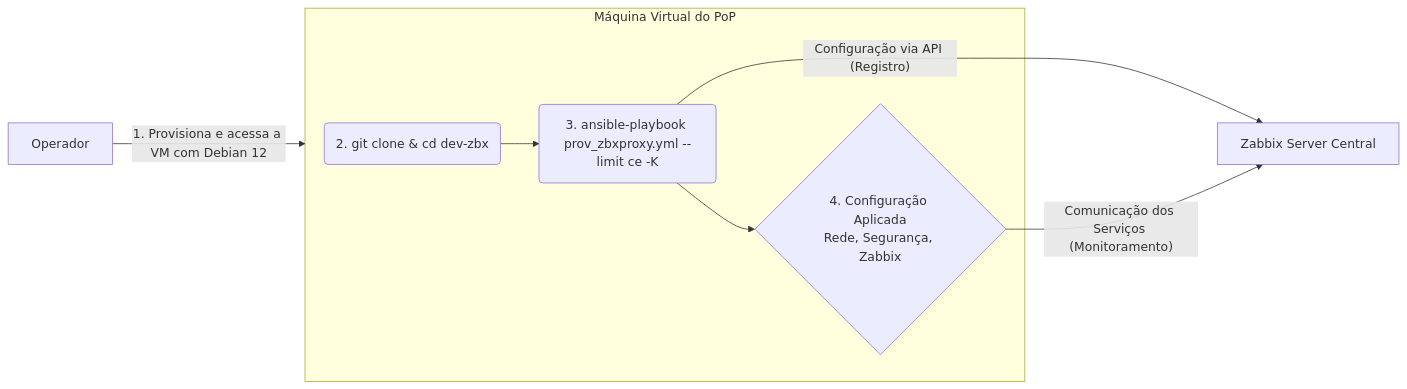
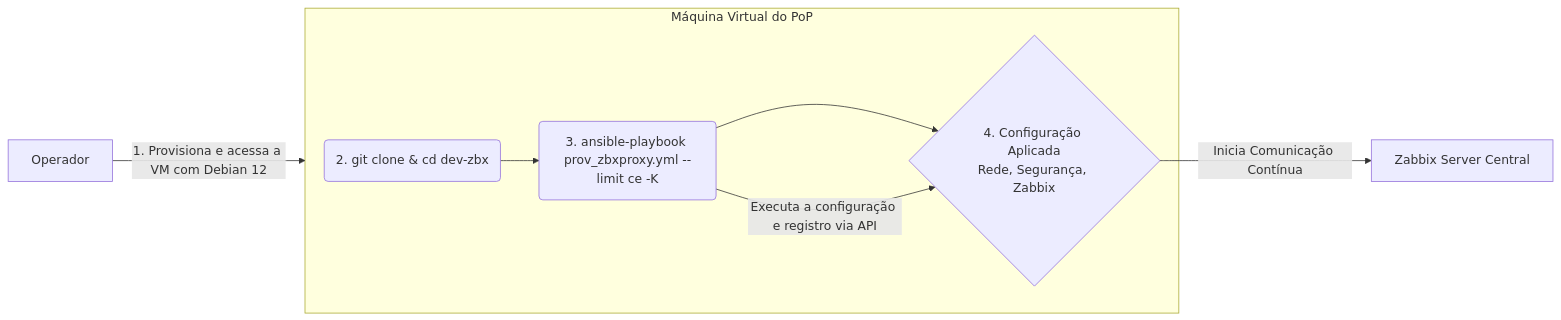
One commit to felipeanj0s/Delta changed the diagram in test.md. Above: the diagram before and after it, drawn with Mermaid.

````diff
--- a/test.md
+++ b/test.md
@@ -21,15 +21,14 @@
 ```mermaid
 graph LR;
     Operador -- "1. Provisiona e acessa a VM com Debian 12" --> HostDestino;
 
     subgraph HostDestino["Máquina Virtual do PoP"]
         A("2. git clone & cd dev-zbx");
         B("3. ansible-playbook prov_zbxproxy.yml --limit ce -K");
         C{"4. Configuração Aplicada<br>Rede, Segurança, Zabbix"};
         
         A --> B --> C;
     end
     
-    B -- "Configuração via API (Registro)" --> ZabbixServer["Zabbix Server Central"];
-    C -- "Comunicação dos Serviços (Monitoramento)" --> ZabbixServer;
+    B -- "Executa a configuração e registro via API" --> C -- "Inicia Comunicação Contínua" --> ZabbixServer["Zabbix Server Central"];
 ```
````
